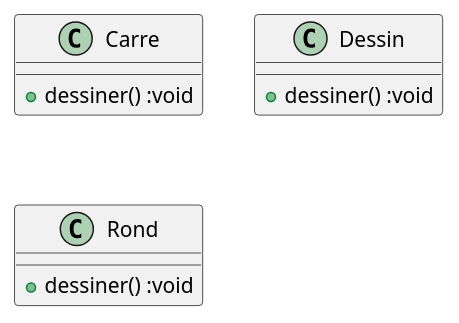
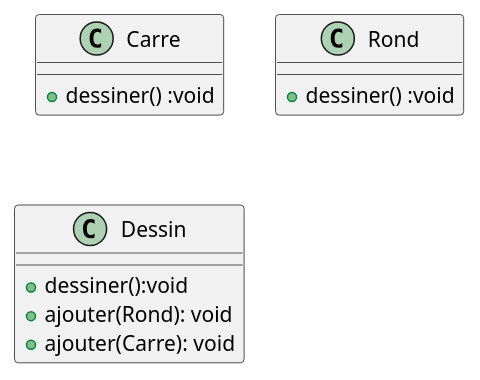
One commit to jandry/design-pattern changed the diagram in src/uml/composition.puml. Above: the diagram before and after it, drawn with PlantUML. The commit also changed 2 other files, not shown here.

```diff
--- a/src/uml/composition.puml
+++ b/src/uml/composition.puml
@@ -1,11 +1,13 @@
-@startuml
+@startuml Composite
 class Carre {
-    + dessiner() :void
-}
-class Dessin {
     + dessiner() :void
 }
 class Rond {
     + dessiner() :void
 }
+class Dessin {
+    + dessiner():void
+    + ajouter(Rond): void
+    + ajouter(Carre): void
+}
 @enduml
```
